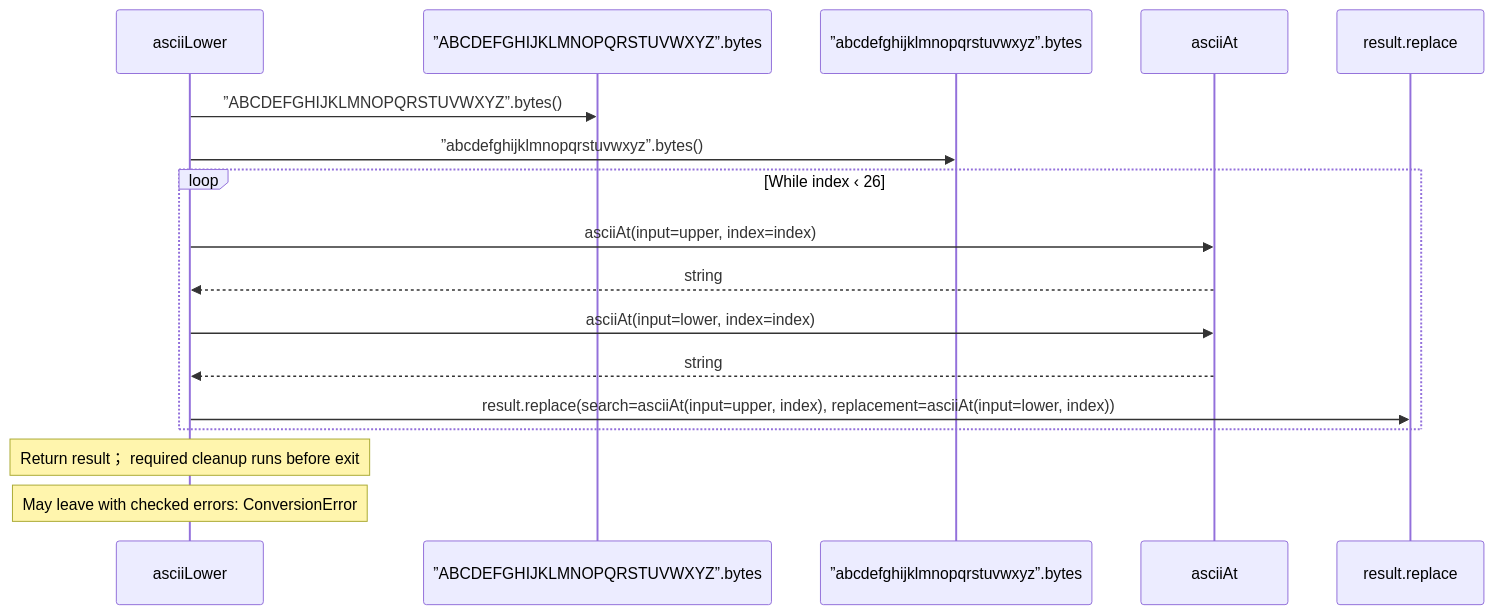
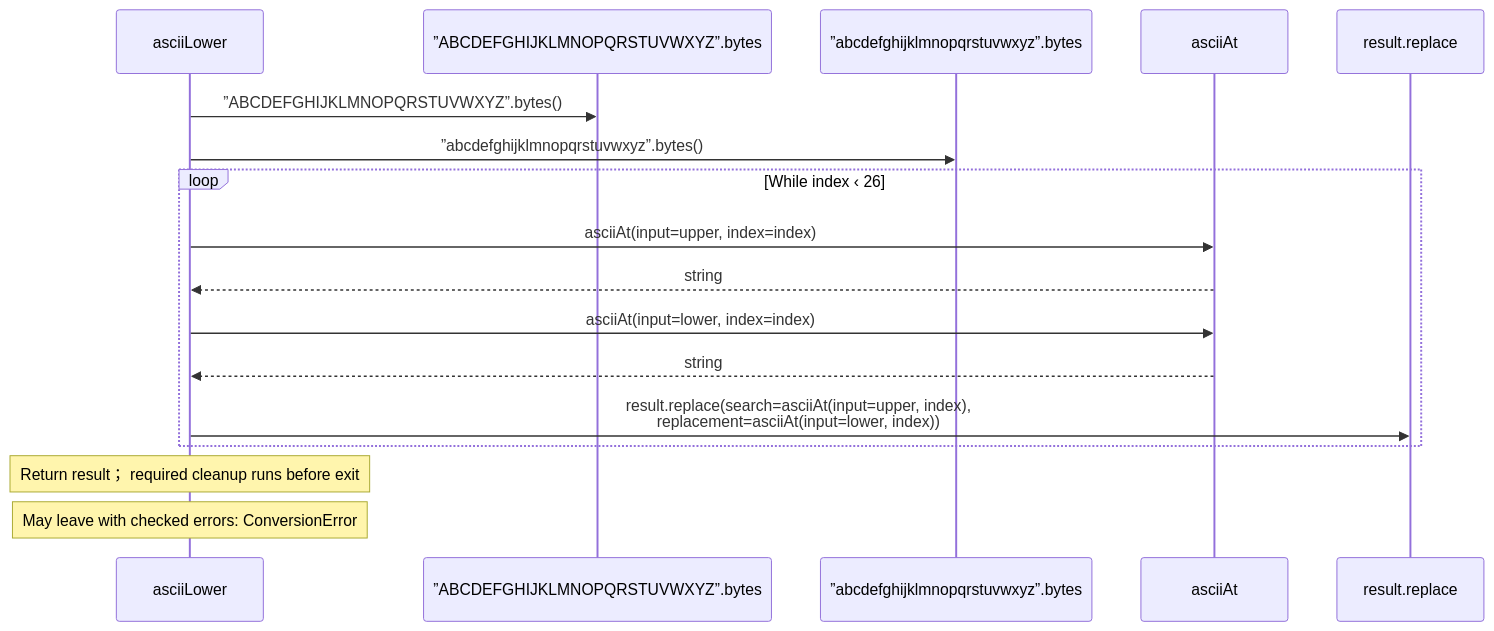
Before and after one commit to GreenPandaStudios/augscript: the fifth of 5 diagrams in src/stdlib/values/ascii.aug.diagrams.md, drawn with Mermaid. The commit also changed other lines of this file and 200 other files, not shown here.

Commit message:
Group imported operations and wrap readable sequence messages

````diff
--- a/src/stdlib/values/ascii.aug.diagrams.md
+++ b/src/stdlib/values/ascii.aug.diagrams.md
@@ -95,19 +95,19 @@
 ```mermaid
 sequenceDiagram
     participant p0 as asciiLower
     participant p1 as ”ABCDEFGHIJKLMNOPQRSTUVWXYZ”.bytes
     participant p2 as ”abcdefghijklmnopqrstuvwxyz”.bytes
     participant p3 as asciiAt
     participant p4 as result.replace
     p0->>p1: ”ABCDEFGHIJKLMNOPQRSTUVWXYZ”.bytes()
     p0->>p2: ”abcdefghijklmnopqrstuvwxyz”.bytes()
     loop While index ‹ 26
     p0->>p3: asciiAt(input=upper, index=index)
     p3-->>p0: string
     p0->>p3: asciiAt(input=lower, index=index)
     p3-->>p0: string
-    p0->>p4: result.replace(search=asciiAt(input=upper, index), replacement=asciiAt(input=lower, index))
+    p0->>p4: result.replace(search=asciiAt(input=upper, index),<br/>replacement=asciiAt(input=lower, index))
     end
     Note over p0: Return result； required cleanup runs before exit
     Note over p0: May leave with checked errors: ConversionError
 ```
````
